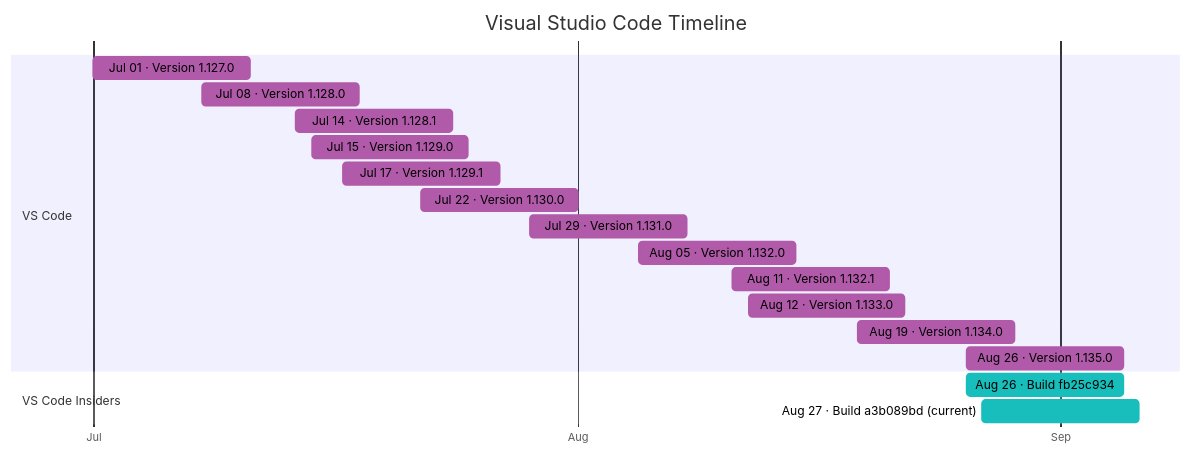
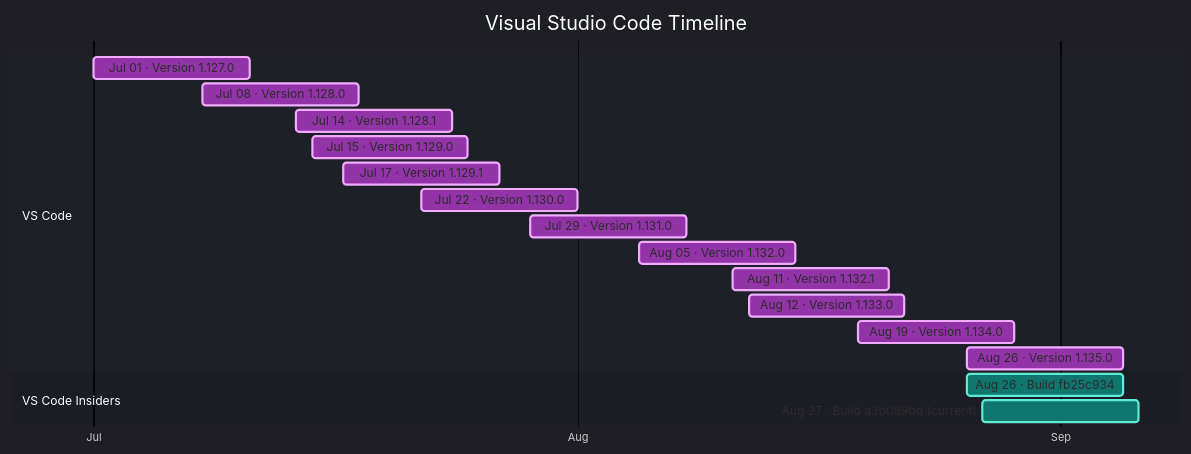
Before and after one commit to Oxelya-DevTools/VisualStudioUpdate: the diagram in docs/vscode.md, drawn with Mermaid.

Commit message:
Update generated release feeds

````diff
--- a/docs/vscode.md
+++ b/docs/vscode.md
@@ -9,24 +9,24 @@
 ```mermaid
-%%{init: {'theme':'default','themeVariables': { 'fontFamily': 'Segoe UI', 'fontSize': '24px', 'taskTextColor': '#FFFFFF', 'taskBkgColor': '#22B8CF', 'taskBorderColor': '#22B8CF', 'doneTaskBkgColor': '#B05AA9', 'doneTaskBorderColor': '#B05AA9', 'activeTaskBkgColor': '#17BEBB', 'activeTaskBorderColor': '#17BEBB', 'critTaskBkgColor': '#FF6B57', 'critTaskBorderColor': '#FF6B57' }}}%%
+%%{init: {'theme':'dark','themeVariables': { 'fontFamily': 'Segoe UI', 'fontSize': '24px', 'textColor': '#F3F4F6', 'titleTextColor': '#FFFFFF', 'taskTextColor': '#FFFFFF', 'taskTextLightColor': '#FFFFFF', 'taskTextOutsideColor': '#F3F4F6', 'taskBkgColor': '#0891B2', 'taskBorderColor': '#67E8F9', 'doneTaskBkgColor': '#9333A8', 'doneTaskBorderColor': '#F0ABFC', 'activeTaskBkgColor': '#0F766E', 'activeTaskBorderColor': '#5EEAD4', 'critTaskBkgColor': '#C2410C', 'critTaskBorderColor': '#FDBA74', 'sectionBkgColor': '#1F2937', 'altSectionBkgColor': '#111827', 'gridColor': '#4B5563', 'todayLineColor': '#F87171' }}}%%
 gantt
     title Visual Studio Code Timeline
     dateFormat  YYYY-MM-DD
     axisFormat  %b
     tickInterval 1month
     section VS Code
     Jul 01 · Version 1.127.0 : done, vscode202607010, 2026-07-01, 10d
     Jul 08 · Version 1.128.0 : done, vscode202607081, 2026-07-08, 10d
     Jul 14 · Version 1.128.1 : done, vscode202607142, 2026-07-14, 10d
     Jul 15 · Version 1.129.0 : done, vscode202607153, 2026-07-15, 10d
     Jul 17 · Version 1.129.1 : done, vscode202607174, 2026-07-17, 10d
     Jul 22 · Version 1.130.0 : done, vscode202607225, 2026-07-22, 10d
     Jul 29 · Version 1.131.0 : done, vscode202607296, 2026-07-29, 10d
     Aug 05 · Version 1.132.0 : done, vscode202608057, 2026-08-05, 10d
     Aug 11 · Version 1.132.1 : done, vscode202608118, 2026-08-11, 10d
     Aug 12 · Version 1.133.0 : done, vscode202608129, 2026-08-12, 10d
     Aug 19 · Version 1.134.0 : done, vscode2026081910, 2026-08-19, 10d
     Aug 26 · Version 1.135.0 : done, vscode2026082611, 2026-08-26, 10d
     section VS Code Insiders
     Aug 26 · Build fb25c934 : active, vscodeinsiders202608260, 2026-08-26, 10d
     Aug 27 · Build a3b089bd (current) : active, vscodeinsiders202608271, 2026-08-27, 10d
 ```
````
